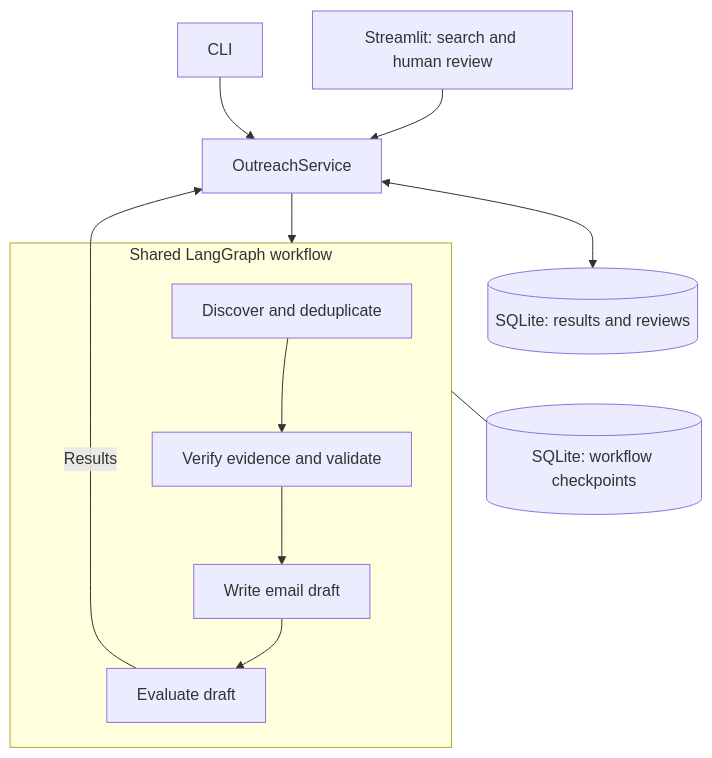
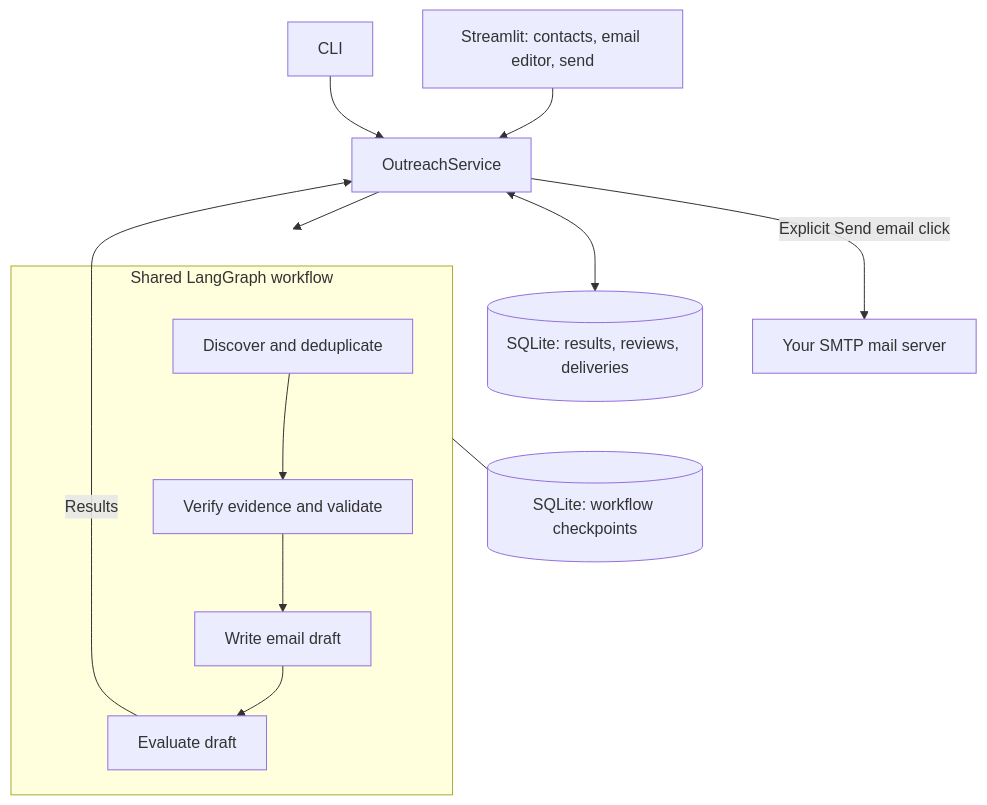
The diagram in README.md (NikrrGit/NotaryOutreach), drawn with Mermaid before and after one commit. The commit also changed other lines of this file and 10 other files, not shown here.

Commit message:
feat: show contact details and editable emails with explicit SMTP sending

````diff
--- a/README.md
+++ b/README.md
@@ -90,14 +107,15 @@
 ```mermaid
 flowchart TD
-    UI["Streamlit: search and human review"] --> Service["OutreachService"]
+    UI["Streamlit: contacts, email editor, send"] --> Service["OutreachService"]
     CLI["CLI"] --> Service
     Service --> Workflow
     subgraph Workflow["Shared LangGraph workflow"]
         Discover["Discover and deduplicate"] --> Verify["Verify evidence and validate"]
         Verify --> Write["Write email draft"]
         Write --> Evaluate["Evaluate draft"]
     end
     Evaluate -->|Results| Service
-    Service <--> Data[("SQLite: results and reviews")]
+    Service <--> Data[("SQLite: results, reviews, deliveries")]
+    Service -->|Explicit Send email click| SMTP["Your SMTP mail server"]
     Workflow --- Checkpoints[("SQLite: workflow checkpoints")]
 ```
````
